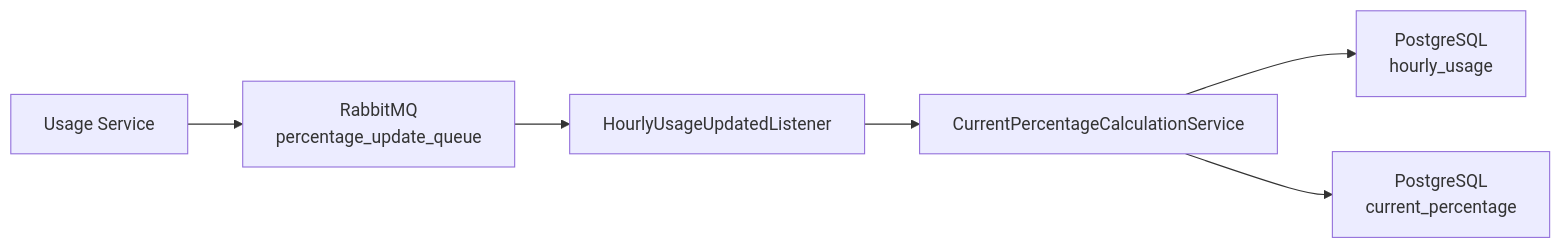
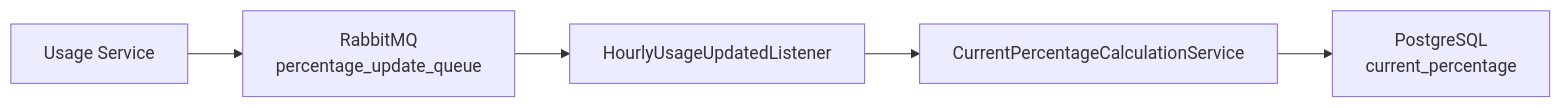
One commit to Dev02Liu/energy_community_project changed the first of 2 diagrams in docs/modules-documentation/percentage-service.md. Above: the diagram before and after it, drawn with Mermaid. The commit also changed other lines of this file and 16 other files, not shown here.

````diff
--- a/docs/modules-documentation/percentage-service.md
+++ b/docs/modules-documentation/percentage-service.md
@@ -47,15 +45,13 @@
 ```mermaid
 flowchart LR
     Usage["Usage Service"]
     Queue["RabbitMQ<br/>percentage_update_queue"]
     Listener["HourlyUsageUpdatedListener"]
     Service["CurrentPercentageCalculationService"]
-    UsageTable["PostgreSQL<br/>hourly_usage"]
     PercentageTable["PostgreSQL<br/>current_percentage"]
 
     Usage --> Queue
     Queue --> Listener
     Listener --> Service
-    Service --> UsageTable
     Service --> PercentageTable
 ```
````
